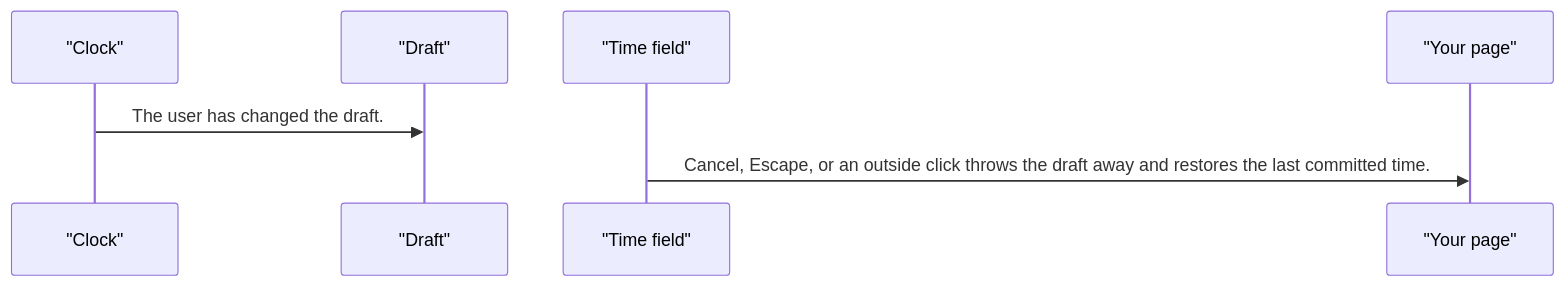
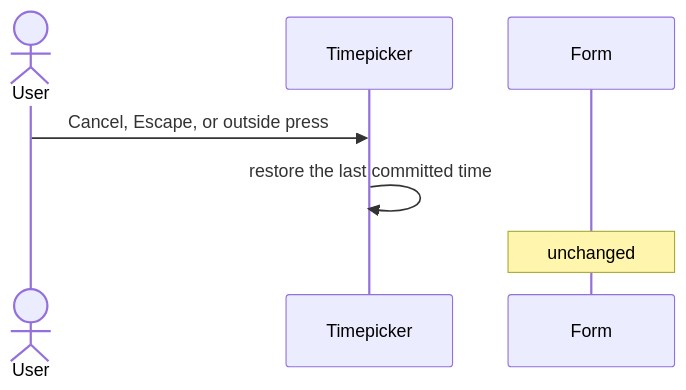
Before and after one commit to RajshekharBorate/pixel-ui: the third of 3 diagrams in projects/pixel-ui/src/lib/pixel-timepicker/DESIGN.md, drawn with Mermaid. The commit also changed other lines of this file and 73 other files, not shown here.

Commit message:
Explain who owns each value and what each flow does in every component and service design.

````diff
--- a/projects/pixel-ui/src/lib/pixel-timepicker/DESIGN.md
+++ b/projects/pixel-ui/src/lib/pixel-timepicker/DESIGN.md
@@ -61,9 +73,9 @@
 ```mermaid
 sequenceDiagram
-  participant dial as "Clock"
-  participant draft as "Draft"
-  participant field as "Time field"
-  participant page as "Your page"
-  dial->>draft: The user has changed the draft.
-  field->>page: Cancel, Escape, or an outside click throws the draft away and restores the last committed time.
+  actor User
+  participant Picker as Timepicker
+  participant Form
+  User->>Picker: Cancel, Escape, or outside press
+  Picker->>Picker: restore the last committed time
+  Note over Form: unchanged
 ```
````
